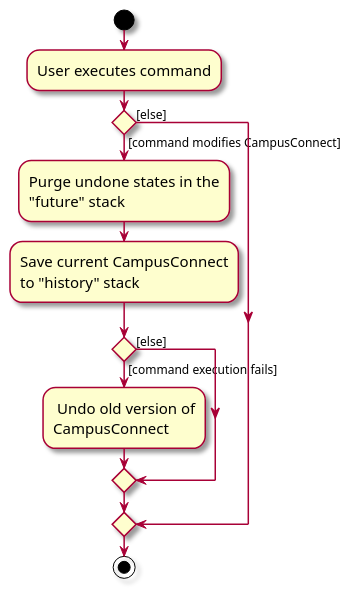
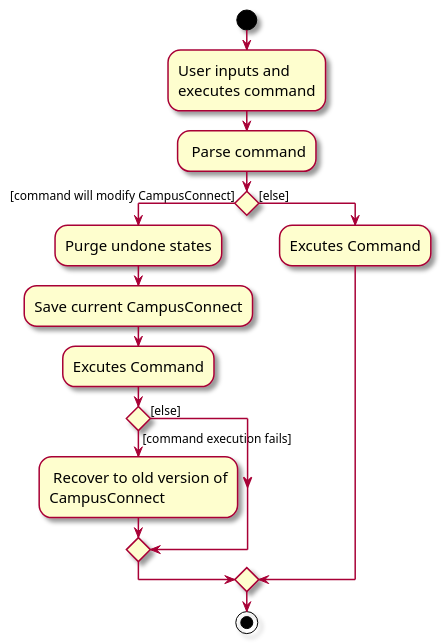
One commit to nus-cs2103-AY2425S1/tp changed the diagram in docs/diagrams/CommitActivityDiagram.puml. Above: the diagram before and after it, drawn with PlantUML.

Commit message:
Update activity diagram

```diff
--- a/docs/diagrams/CommitActivityDiagram.puml
+++ b/docs/diagrams/CommitActivityDiagram.puml
@@ -1,24 +1,25 @@
 @startuml
 skin rose
 skinparam ActivityFontSize 15
 skinparam ArrowFontSize 12
 start
-:User executes command;
+:User inputs and
+executes command;
 
 'Since the beta syntax does not support placing the condition outside the
 'diamond we place it as the true branch instead.
-
-if () then ([command modifies CampusConnect])
-    :Purge undone states in the
-    "future" stack;
-    :Save current CampusConnect
-    to "history" stack;
+: Parse command;
+if () then ([command will modify CampusConnect])
+    :Purge undone states;
+    :Save current CampusConnect;
+    :Excutes Command;
     if () then ([command execution fails])
-    : Undo old version of
+    : Recover to old version of
     CampusConnect;
     else ([else])
     endif
 else ([else])
+:Excutes Command;
 endif
 stop
 @enduml
```
